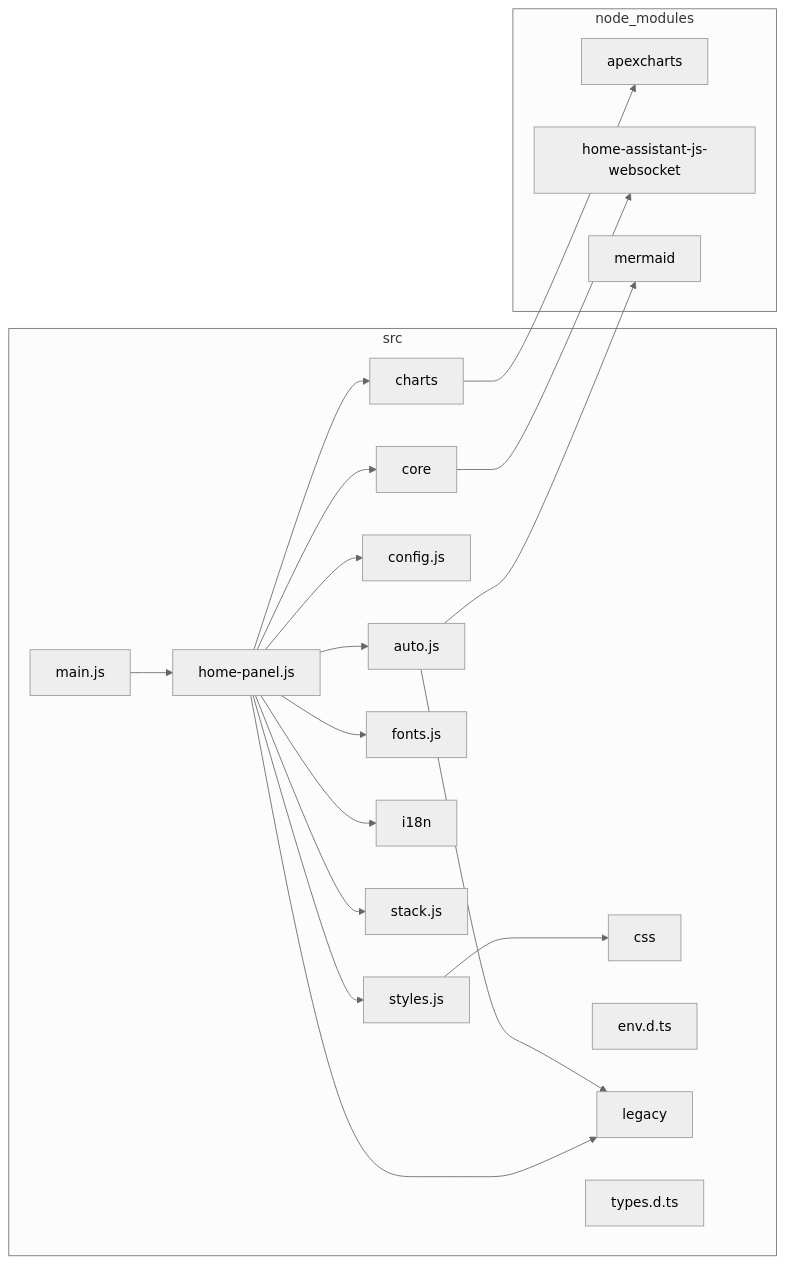
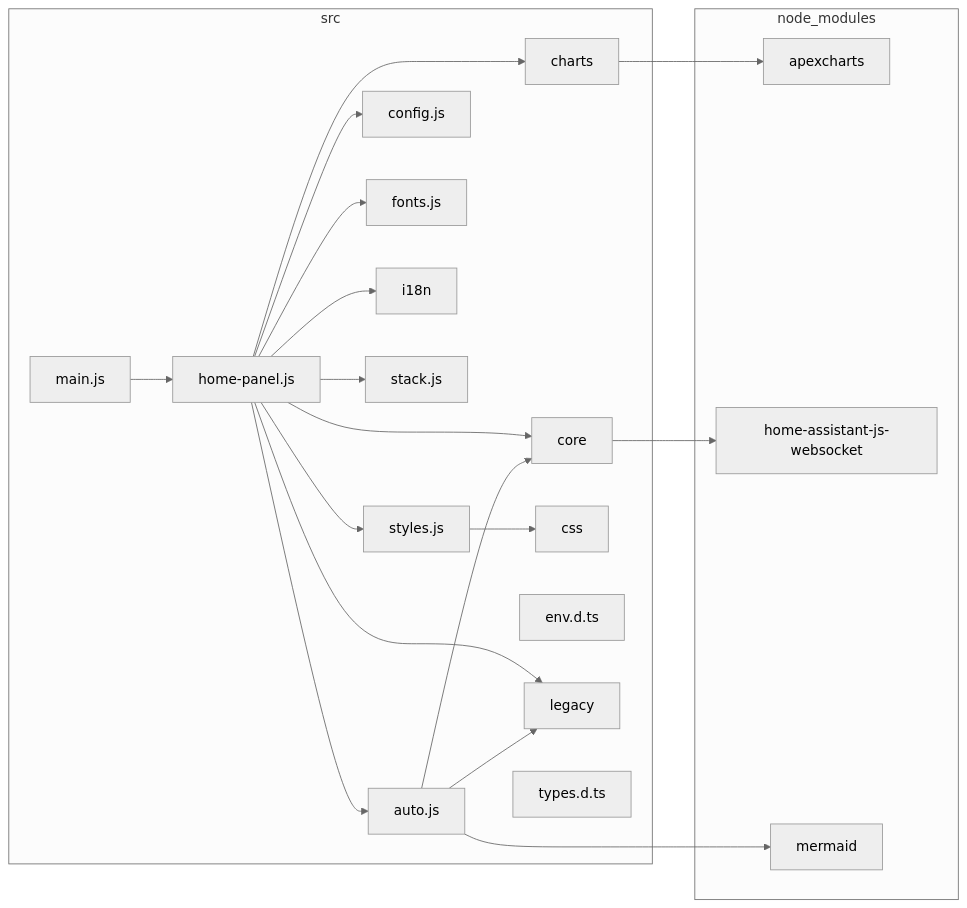
Before and after one commit to pldelisle/ha-home-panel: the diagram in docs/architecture/dependency-graph.md, drawn with Mermaid (neutral theme). The commit also changed 7 other files, not shown here.

````diff
--- a/docs/architecture/dependency-graph.md
+++ b/docs/architecture/dependency-graph.md
@@ -5,40 +5,41 @@
 ```mermaid
 flowchart LR
 
 subgraph 0["node_modules"]
 1["apexcharts"]
 2["home-assistant-js-websocket"]
 3["mermaid"]
 end
 subgraph 4["src"]
 5["auto.js"]
 6["charts"]
 7["config.js"]
 8["core"]
 9["css"]
 A["env.d.ts"]
 B["fonts.js"]
 C["home-panel.js"]
 D["i18n"]
 E["legacy"]
 F["main.js"]
 G["stack.js"]
 H["styles.js"]
 I["types.d.ts"]
 end
+5-->8
 5-->E
 5-->3
 6-->1
 8-->2
 C-->5
 C-->6
 C-->7
 C-->8
 C-->B
 C-->D
 C-->E
 C-->G
 C-->H
 F-->C
 H-->9
 ```
````
